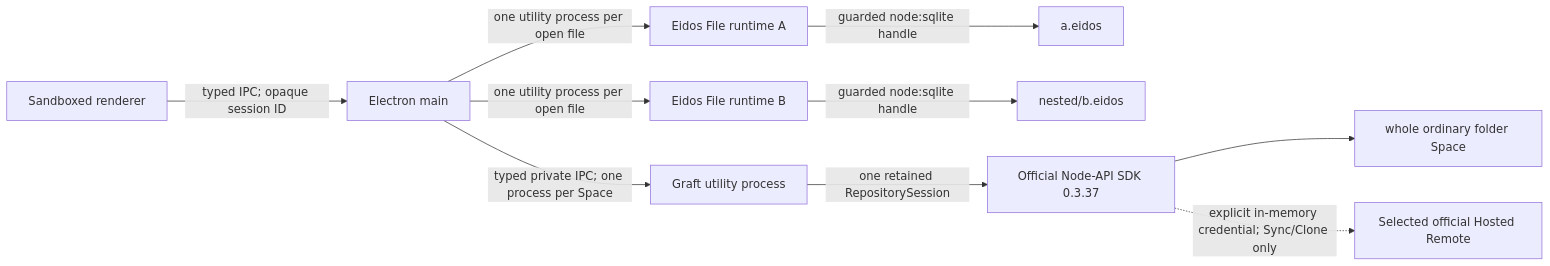
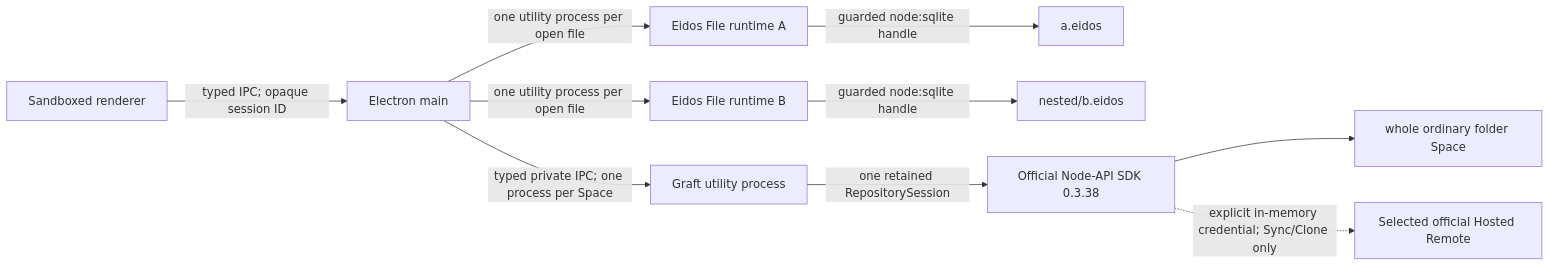
Before and after one commit to mayneyao/eidos: the first of 3 diagrams in apps/eidos-lite-desktop/docs/ARCHITECTURE.md, drawn with Mermaid. The commit also changed other lines of this file and 12 other files, not shown here.

````diff
--- a/apps/eidos-lite-desktop/docs/ARCHITECTURE.md
+++ b/apps/eidos-lite-desktop/docs/ARCHITECTURE.md
@@ -94,12 +94,12 @@
 ```mermaid
 flowchart LR
   R["Sandboxed renderer"] -->|"typed IPC; opaque session ID"| M["Electron main"]
   M -->|"one utility process per open file"| F1["Eidos File runtime A"]
   M -->|"one utility process per open file"| F2["Eidos File runtime B"]
   F1 -->|"guarded node:sqlite handle"| E1["a.eidos"]
   F2 -->|"guarded node:sqlite handle"| E2["nested/b.eidos"]
   M -->|"typed private IPC; one process per Space"| G["Graft utility process"]
-  G -->|"one retained RepositorySession"| N["Official Node-API SDK 0.3.37"]
+  G -->|"one retained RepositorySession"| N["Official Node-API SDK 0.3.38"]
   N --> S["whole ordinary folder Space"]
   N -. "explicit in-memory credential; Sync/Clone only" .-> H["Selected official Hosted Remote"]
 ```
````
